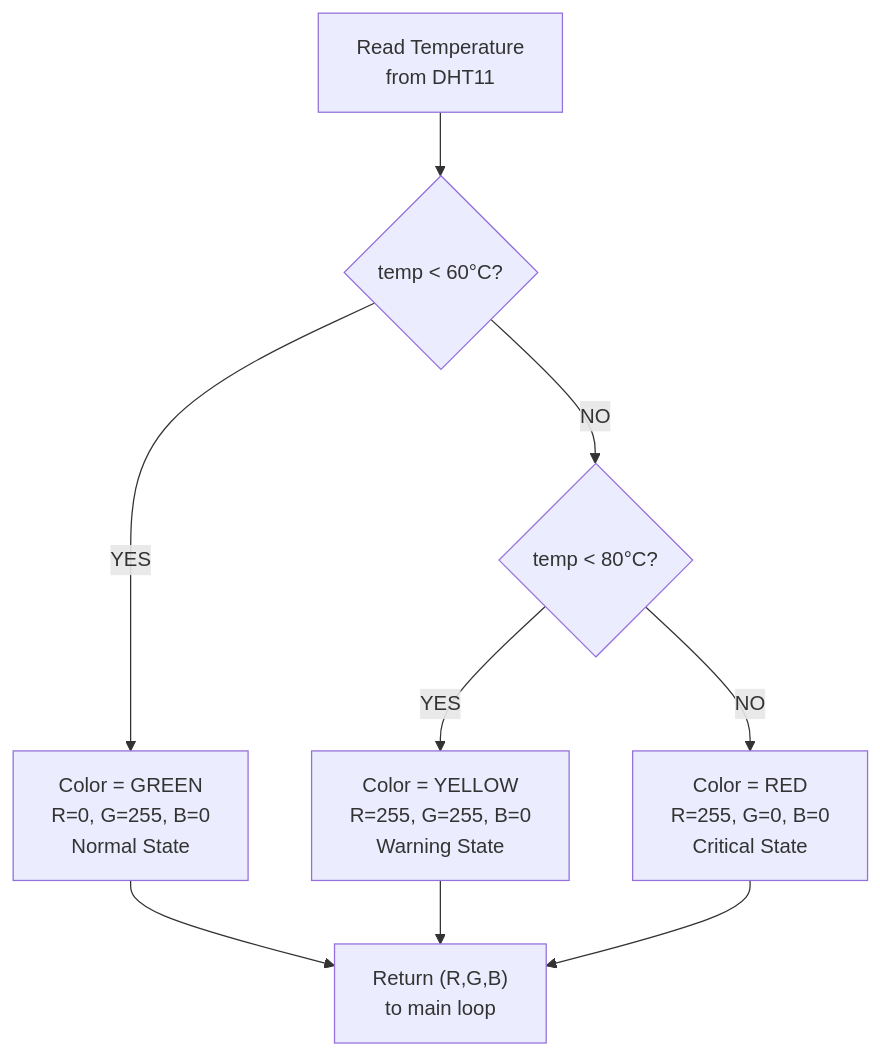
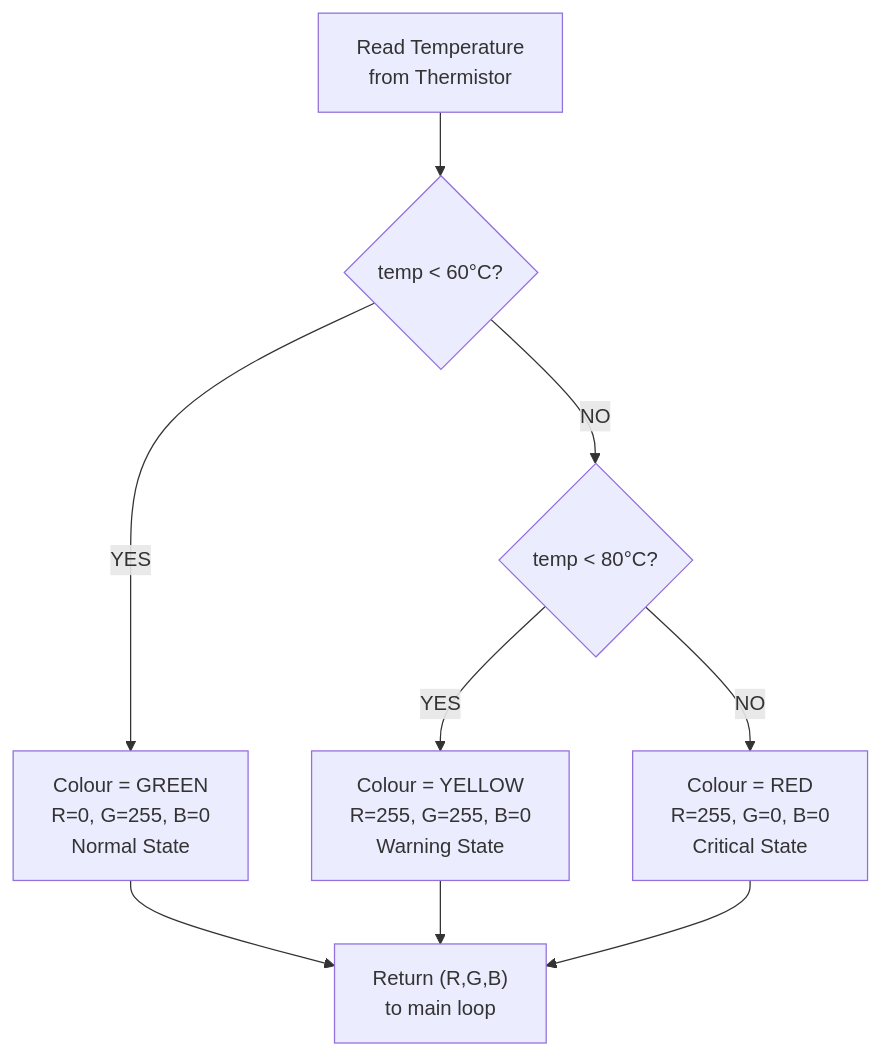
One commit to prgrobots/Iot2_new changed the second of 2 diagrams in docs/electronics/04.md. Above: the diagram before and after it, drawn with Mermaid. The commit also changed other lines of this file and 8 other files, not shown here.

````diff
--- a/docs/electronics/04.md
+++ b/docs/electronics/04.md
@@ -484,11 +353,11 @@
 ```mermaid
 graph TD
-    A["Read Temperature<br/>from DHT11"] --> B{temp < 60°C?}
-    B -->|YES| C["Color = GREEN<br/>R=0, G=255, B=0<br/>Normal State"]
+    A["Read Temperature<br/>from Thermistor"] --> B{temp < 60°C?}
+    B -->|YES| C["Colour = GREEN<br/>R=0, G=255, B=0<br/>Normal State"]
     B -->|NO| D{temp < 80°C?}
-    D -->|YES| E["Color = YELLOW<br/>R=255, G=255, B=0<br/>Warning State"]
-    D -->|NO| F["Color = RED<br/>R=255, G=0, B=0<br/>Critical State"]
+    D -->|YES| E["Colour = YELLOW<br/>R=255, G=255, B=0<br/>Warning State"]
+    D -->|NO| F["Colour = RED<br/>R=255, G=0, B=0<br/>Critical State"]
     C --> G["Return (R,G,B)<br/>to main loop"]
     E --> G
     F --> G
 ```
````
